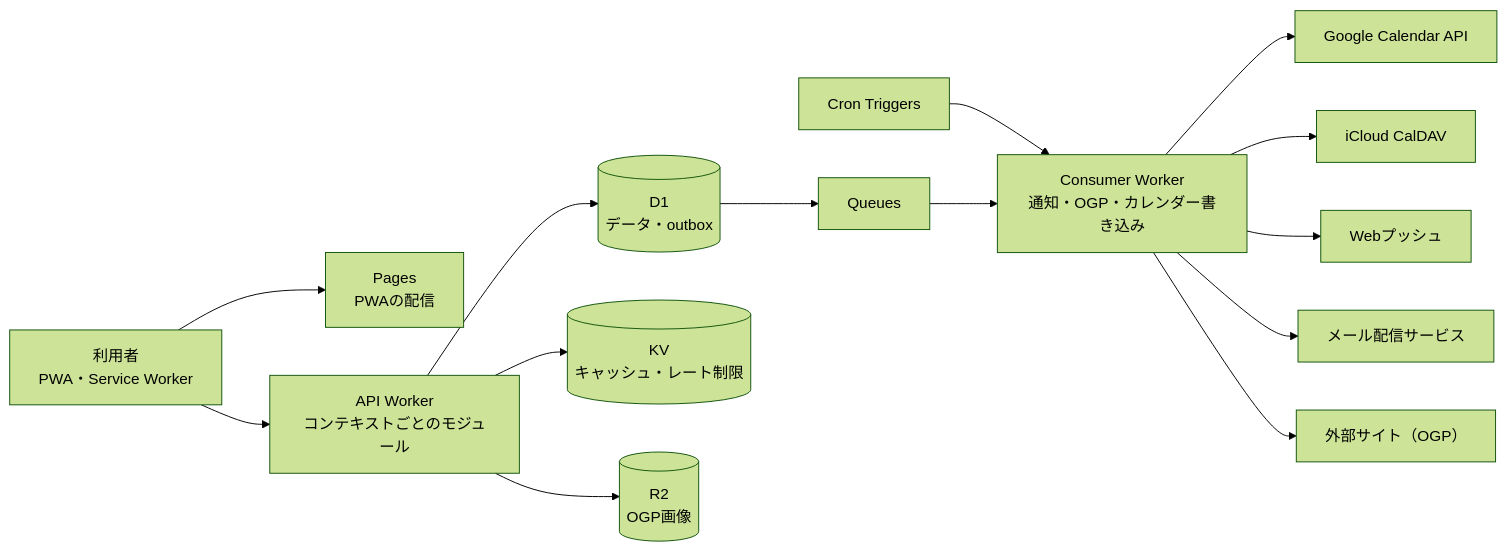
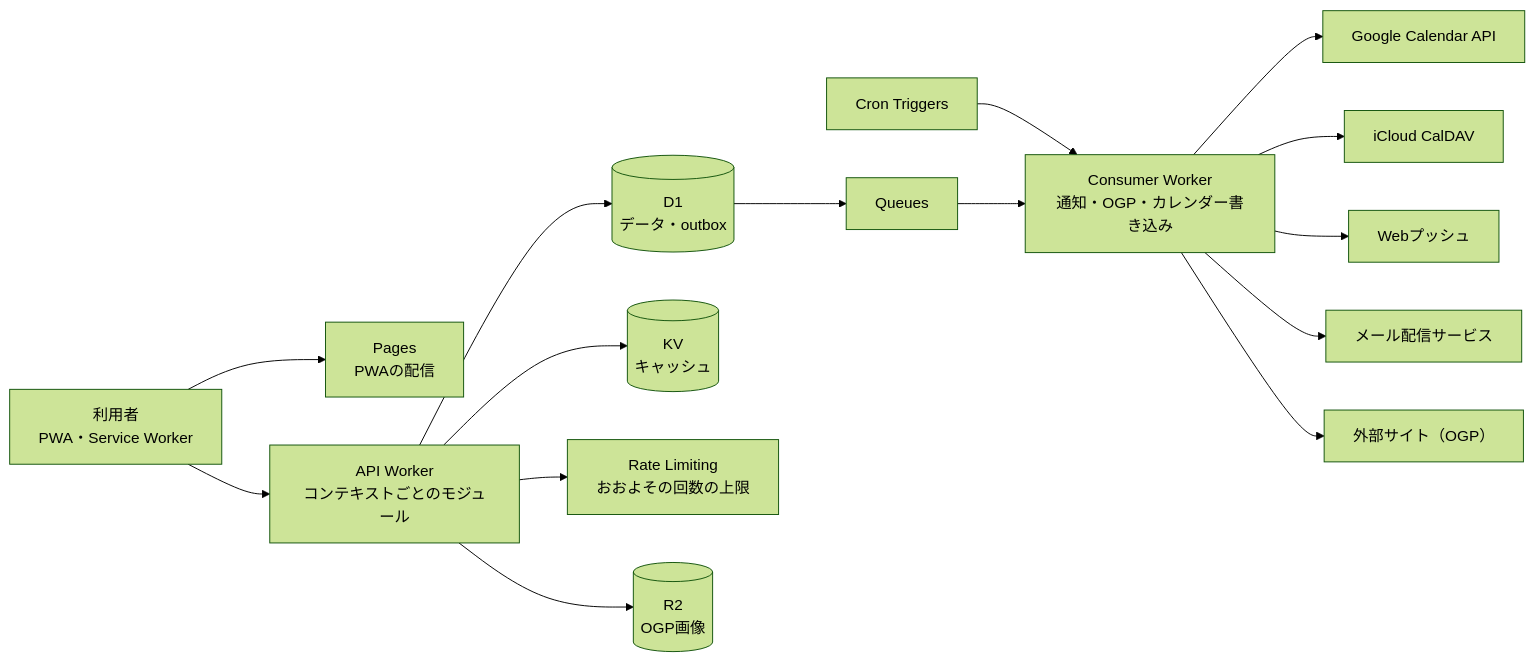
Before and after one commit to pryusei/kokohima-app: the second of 2 diagrams in docs/requirements.md, drawn with Mermaid (forest theme). The commit also changed other lines of this file and 41 other files, not shown here.

````diff
--- a/docs/requirements.md
+++ b/docs/requirements.md
@@ -105,16 +105,17 @@
 ```mermaid
 flowchart LR
   U["利用者<br/>PWA・Service Worker"] --> P["Pages<br/>PWAの配信"]
   U --> A["API Worker<br/>コンテキストごとのモジュール"]
   A --> D1[("D1<br/>データ・outbox")]
-  A --> KV[("KV<br/>キャッシュ・レート制限")]
+  A --> KV[("KV<br/>キャッシュ")]
+  A --> RL["Rate Limiting<br/>おおよその回数の上限"]
   A --> R2[("R2<br/>OGP画像")]
   D1 --> Q["Queues"]
   CR["Cron Triggers"] --> C["Consumer Worker<br/>通知・OGP・カレンダー書き込み"]
   Q --> C
   C --> G["Google Calendar API"]
   C --> I["iCloud CalDAV"]
   C --> WP["Webプッシュ"]
   C --> M["メール配信サービス"]
   C --> S["外部サイト（OGP）"]
 ```
````
